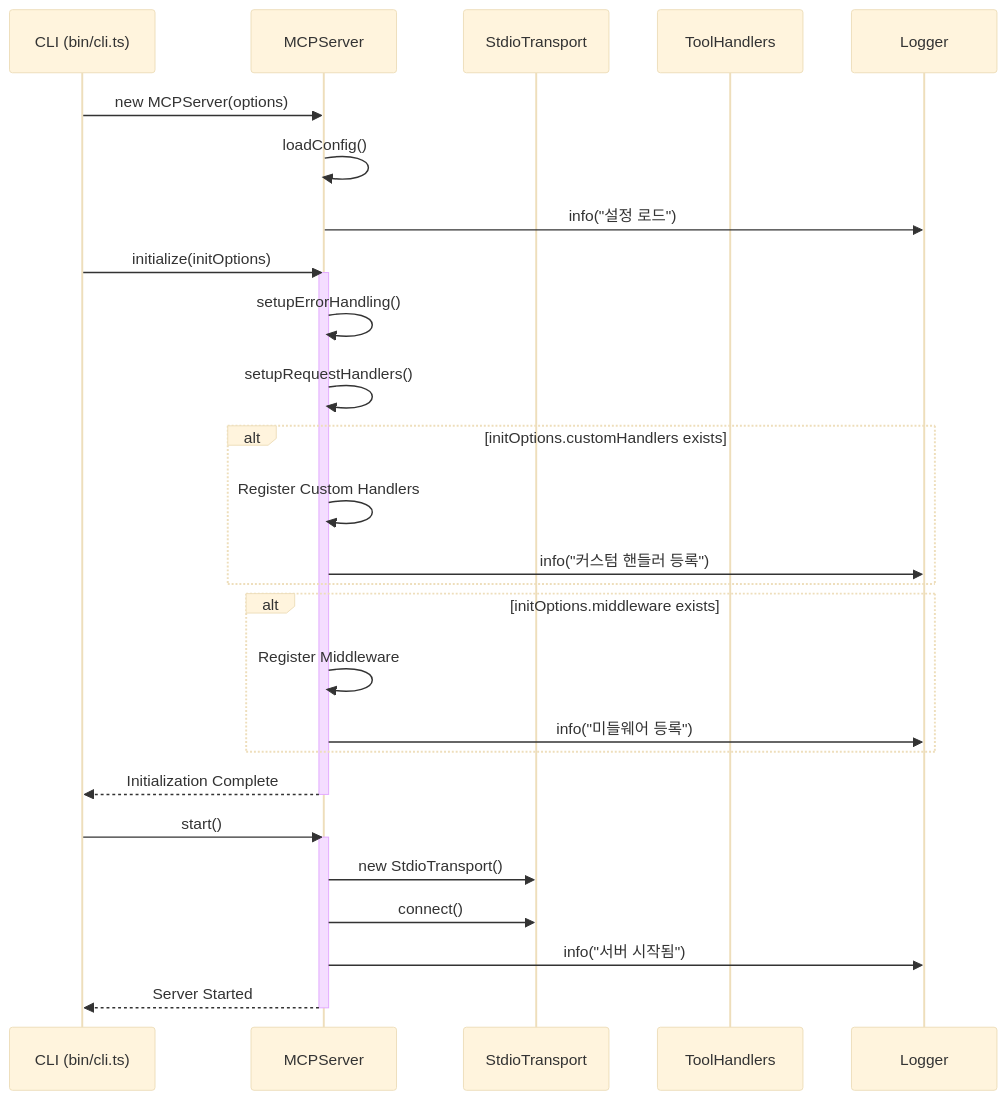
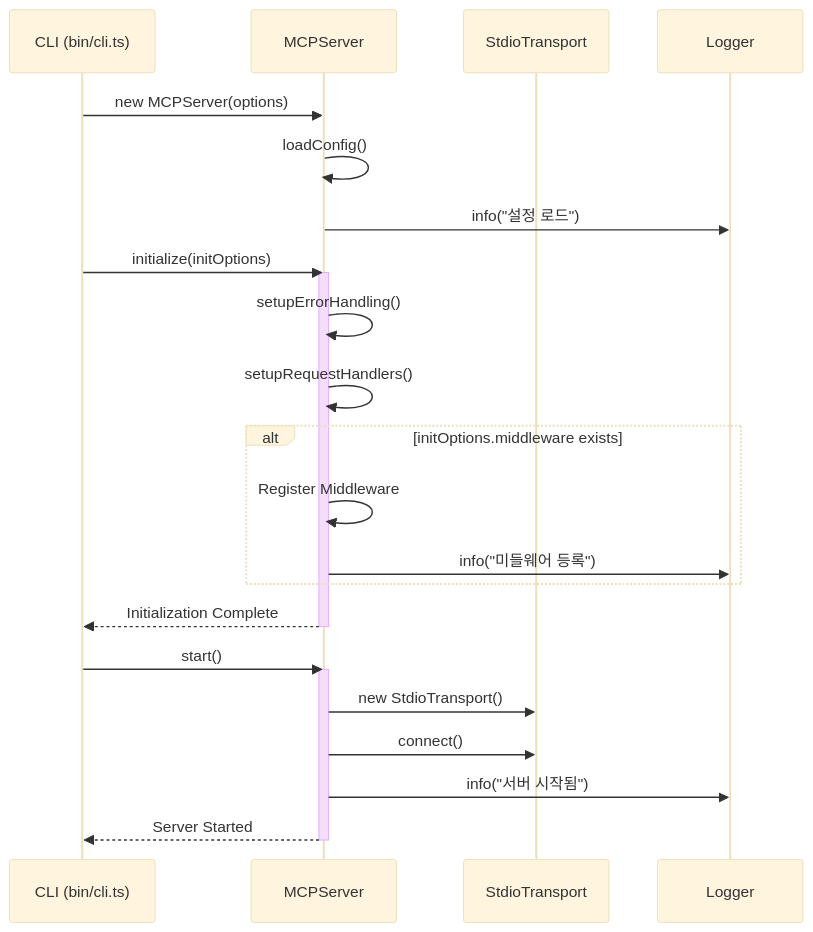
Before and after one commit to jonsoku-dev/mcp-template-ts: the diagram in README.md, drawn with Mermaid (base theme). The commit also changed other lines of this file and 7 other files, not shown here.

````diff
--- a/README.md
+++ b/README.md
@@ -215,38 +111,32 @@
 ```mermaid
 sequenceDiagram
     participant CLI as CLI (bin/cli.ts)
     participant Server as MCPServer
     participant Transport as StdioTransport
-    participant Tools as ToolHandlers
     participant Logger as Logger
 
     CLI->>Server: new MCPServer(options)
     Server->>Server: loadConfig()
     Server->>Logger: info("설정 로드")
 
     CLI->>Server: initialize(initOptions)
     activate Server
     Server->>Server: setupErrorHandling()
     Server->>Server: setupRequestHandlers()
-    
-    alt initOptions.customHandlers exists
-        Server->>Server: Register Custom Handlers
-        Server->>Logger: info("커스텀 핸들러 등록")
-    end
     
     alt initOptions.middleware exists
         Server->>Server: Register Middleware
         Server->>Logger: info("미들웨어 등록")
     end
     
     Server-->>CLI: Initialization Complete
     deactivate Server
 
     CLI->>Server: start()
     activate Server
     Server->>Transport: new StdioTransport()
     Server->>Transport: connect()
     Server->>Logger: info("서버 시작됨")
     Server-->>CLI: Server Started
     deactivate Server
 ```
````
